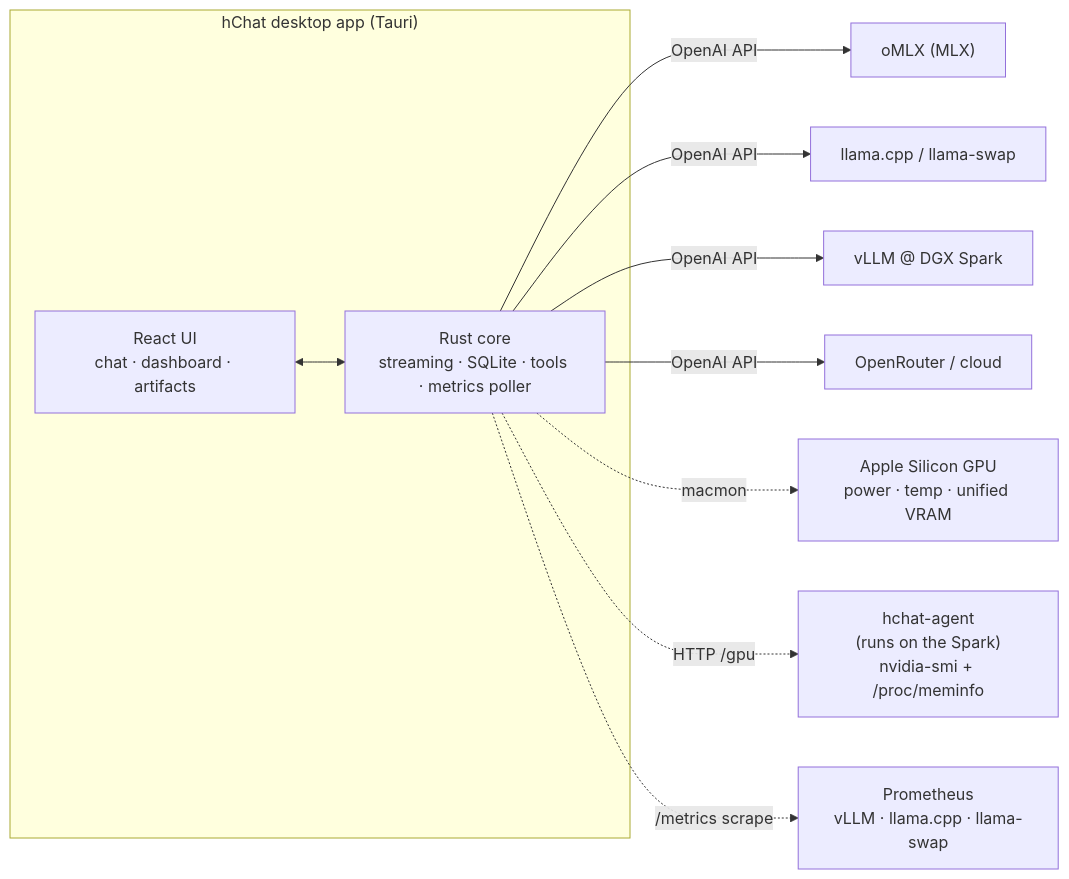
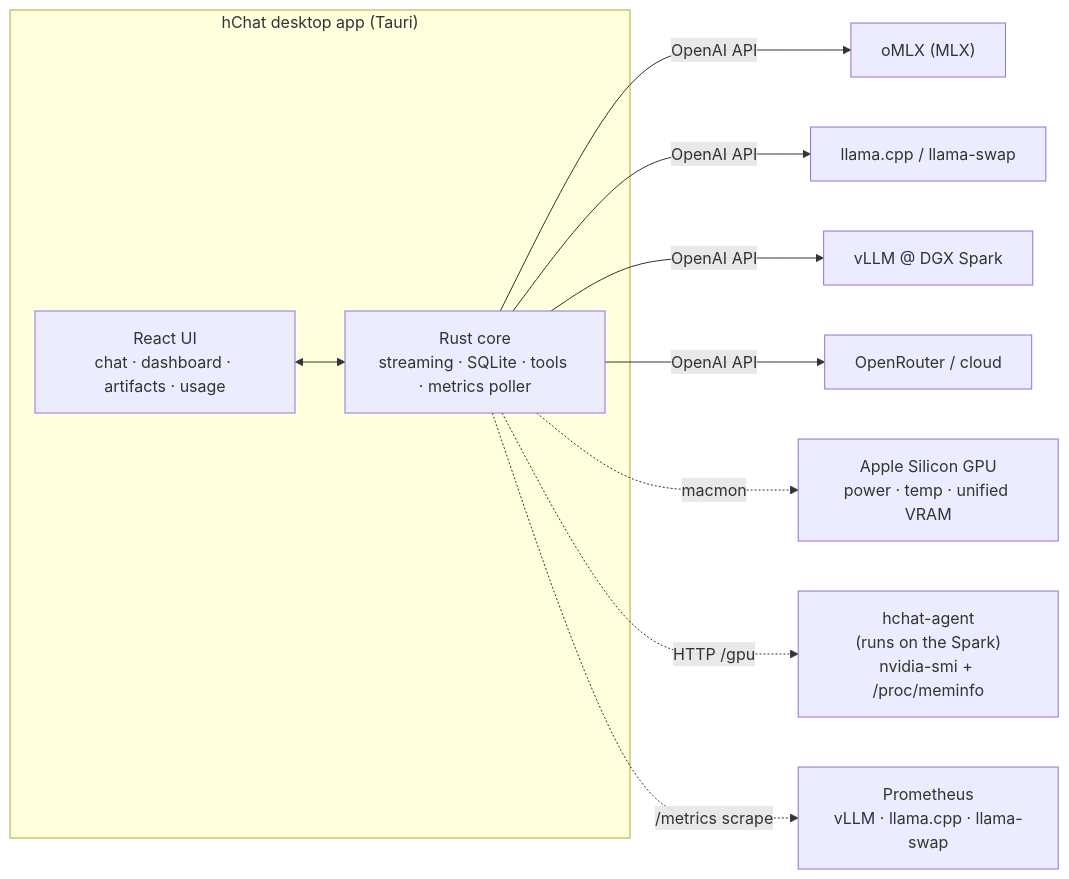
The diagram in README.md (heath0xFF/hChat), drawn with Mermaid before and after one commit. The commit also changed other lines of this file and 15 other files, not shown here.

````diff
--- a/README.md
+++ b/README.md
@@ -64,17 +70,17 @@
 ```mermaid
 flowchart LR
   subgraph app["hChat desktop app (Tauri)"]
-    ui["React UI<br/>chat · dashboard · artifacts"]
+    ui["React UI<br/>chat · dashboard · artifacts · usage"]
     core["Rust core<br/>streaming · SQLite · tools · metrics poller"]
     ui <--> core
   end
 
   core -->|OpenAI API| omlx["oMLX&nbsp;(MLX)"]
   core -->|OpenAI API| lcpp["llama.cpp / llama-swap"]
   core -->|OpenAI API| vllm["vLLM @ DGX Spark"]
   core -->|OpenAI API| or["OpenRouter / cloud"]
 
   core -.->|macmon| mac["Apple Silicon GPU<br/>power · temp · unified VRAM"]
   core -.->|HTTP /gpu| agent["hchat-agent<br/>(runs on the Spark)<br/>nvidia-smi + /proc/meminfo"]
   core -.->|/metrics scrape| prom["Prometheus<br/>vLLM · llama.cpp · llama-swap"]
 ```
````
